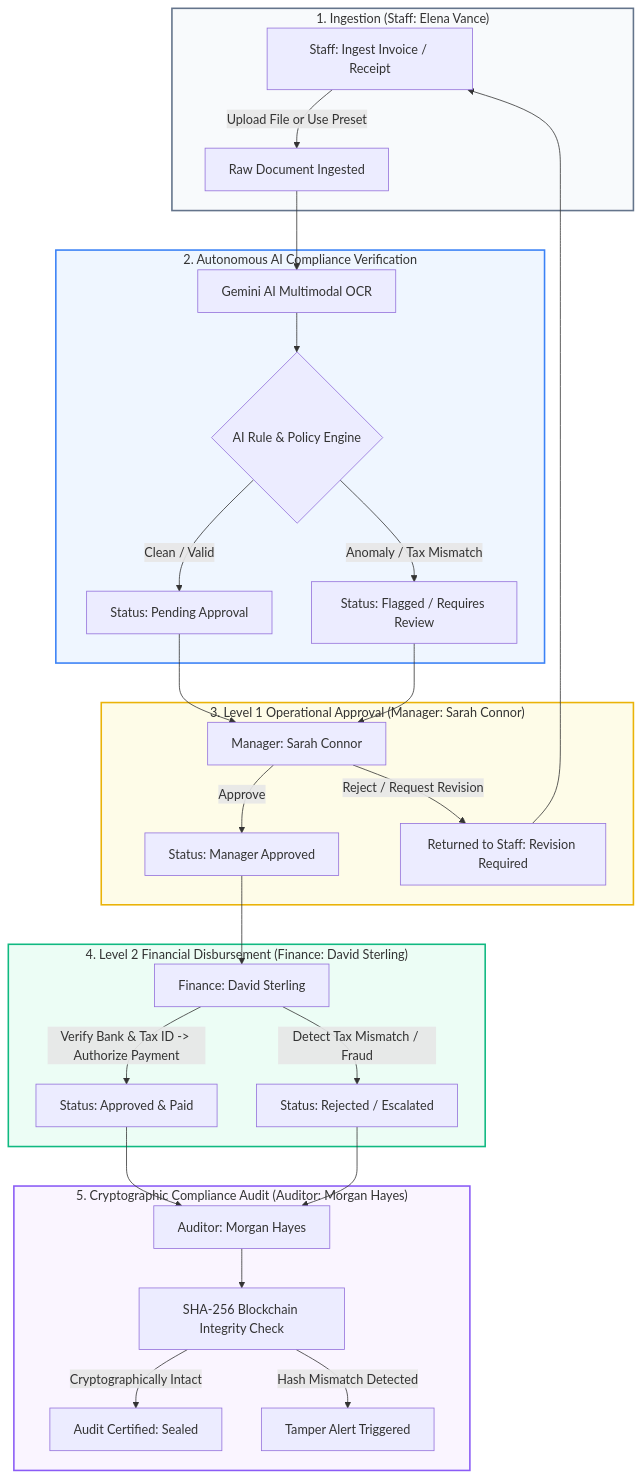
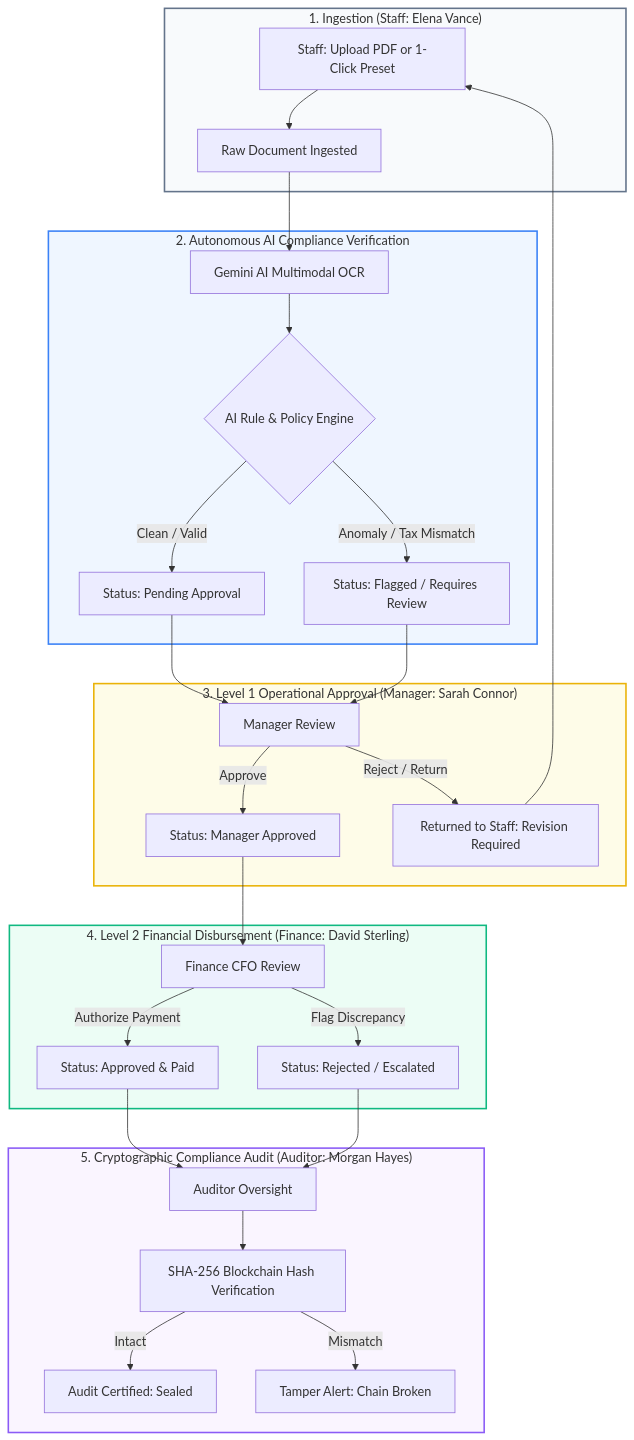
One commit to ZillerDX/ai-document-workflow changed the second of 3 diagrams in README.md. Above: the diagram before and after it, drawn with Mermaid. The commit also changed other lines of this file and 6 other files, not shown here.

````diff
--- a/README.md
+++ b/README.md
@@ -36,41 +91,41 @@
 ```mermaid
 flowchart TD
     subgraph S1["1. Ingestion (Staff: Elena Vance)"]
-        A[Staff: Ingest Invoice / Receipt] -->|Upload File or Use Preset| B[Raw Document Ingested]
+        A[Staff: Upload PDF or 1-Click Preset] --> B[Raw Document Ingested]
     end
 
     subgraph S2["2. Autonomous AI Compliance Verification"]
         B --> C[Gemini AI Multimodal OCR]
         C --> D{AI Rule & Policy Engine}
         D -->|Clean / Valid| E[Status: Pending Approval]
         D -->|Anomaly / Tax Mismatch| F[Status: Flagged / Requires Review]
     end
 
     subgraph S3["3. Level 1 Operational Approval (Manager: Sarah Connor)"]
-        E --> G[Manager: Sarah Connor]
+        E --> G[Manager Review]
         F --> G
         G -->|Approve| H[Status: Manager Approved]
-        G -->|Reject / Request Revision| I[Returned to Staff: Revision Required]
+        G -->|Reject / Return| I[Returned to Staff: Revision Required]
         I --> A
     end
 
     subgraph S4["4. Level 2 Financial Disbursement (Finance: David Sterling)"]
-        H --> J[Finance: David Sterling]
-        J -->|Verify Bank & Tax ID -> Authorize Payment| K[Status: Approved & Paid]
-        J -->|Detect Tax Mismatch / Fraud| L[Status: Rejected / Escalated]
+        H --> J[Finance CFO Review]
+        J -->|Authorize Payment| K[Status: Approved & Paid]
+        J -->|Flag Discrepancy| L[Status: Rejected / Escalated]
     end
 
     subgraph S5["5. Cryptographic Compliance Audit (Auditor: Morgan Hayes)"]
-        K --> M[Auditor: Morgan Hayes]
+        K --> M[Auditor Oversight]
         L --> M
-        M --> N[SHA-256 Blockchain Integrity Check]
-        N -->|Cryptographically Intact| O[Audit Certified: Sealed]
-        N -->|Hash Mismatch Detected| P[Tamper Alert Triggered]
+        M --> N[SHA-256 Blockchain Hash Verification]
+        N -->|Intact| O[Audit Certified: Sealed]
+        N -->|Mismatch| P[Tamper Alert: Chain Broken]
     end
 
     style S1 fill:#f8fafc,stroke:#64748b,stroke-width:2px
     style S2 fill:#eff6ff,stroke:#3b82f6,stroke-width:2px
     style S3 fill:#fefce8,stroke:#eab308,stroke-width:2px
     style S4 fill:#ecfdf5,stroke:#10b981,stroke-width:2px
     style S5 fill:#faf5ff,stroke:#8b5cf6,stroke-width:2px
 ```
````
